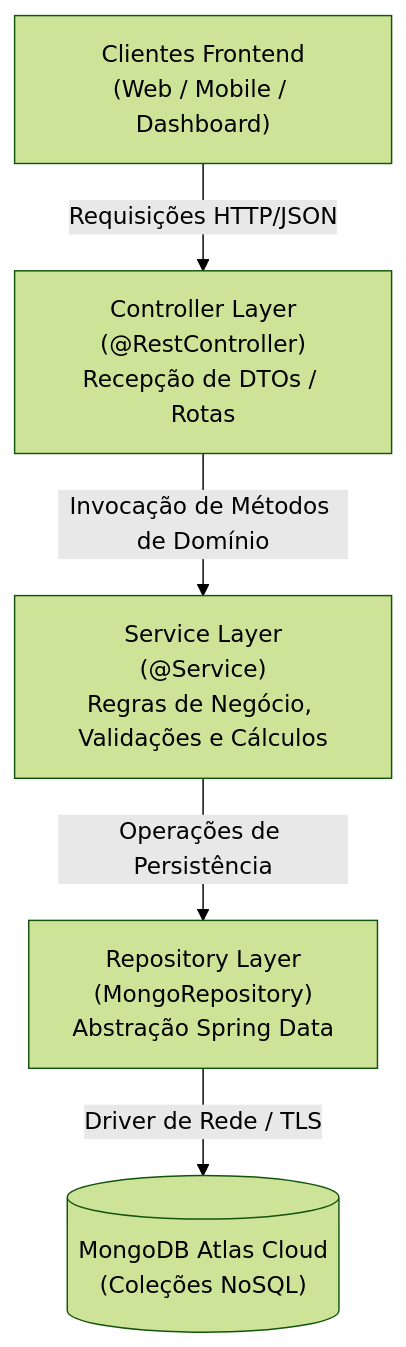
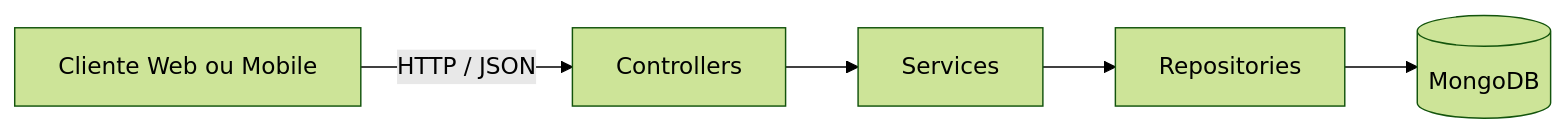
Before and after one commit to easygestsistemas/EasyGest_Backend: the diagram in README.md, drawn with Mermaid (forest theme). The commit also changed other lines of this file, not shown here.

````diff
--- a/README.md
+++ b/README.md
@@ -58,7 +34,7 @@
 ```mermaid
-flowchart TD
-    Client["Clientes Frontend\n(Web / Mobile / Dashboard)"] -->|Requisições HTTP/JSON| Controller["Controller Layer\n(@RestController)\nRecepção de DTOs / Rotas"]
-    Controller -->|Invocação de Métodos de Domínio| Service["Service Layer\n(@Service)\nRegras de Negócio, Validações e Cálculos"]
-    Service -->|Operações de Persistência| Repository["Repository Layer\n(MongoRepository)\nAbstração Spring Data"]
-    Repository -->|Driver de Rede / TLS| Database[("MongoDB Atlas Cloud\n(Coleções NoSQL)")]
+flowchart LR
+    Cliente["Cliente Web ou Mobile"] -->|"HTTP / JSON"| Controller["Controllers"]
+    Controller --> Service["Services"]
+    Service --> Repository["Repositories"]
+    Repository --> MongoDB[("MongoDB")]
 ```
````
